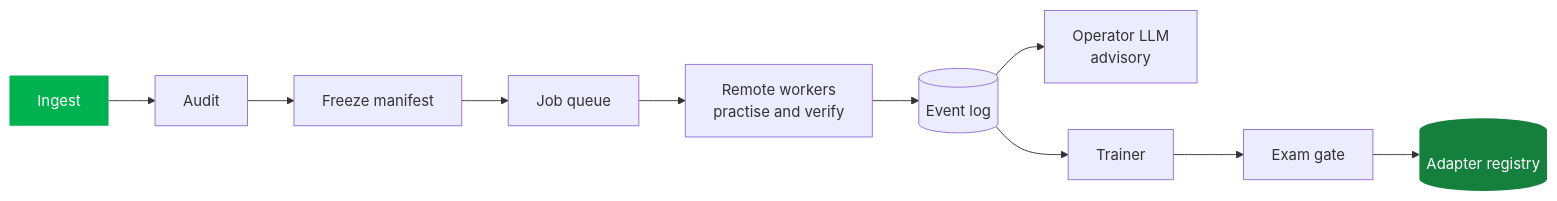
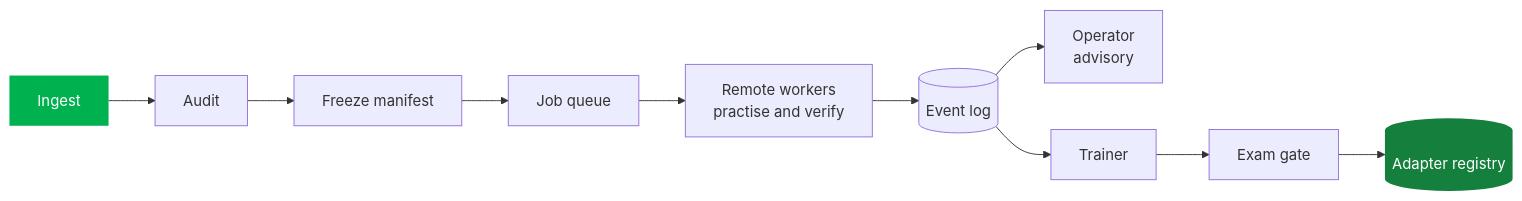
Before and after one commit to Zenix-Developers/VeriTrainer-Showcase: the fifth of 5 diagrams in README.md, drawn with Mermaid. The commit also changed other lines of this file, not shown here.

````diff
--- a/README.md
+++ b/README.md
@@ -107,12 +137,12 @@
 ```mermaid
 flowchart LR
     I[Ingest] --> A[Audit] --> Z[Freeze manifest] --> Q[Job queue]
     Q --> W[Remote workers<br>practise and verify]
     W --> L[(Event log)]
-    L --> O[Operator LLM<br>advisory]
+    L --> O[Operator<br>advisory]
     L --> T[Trainer]
     T --> E[Exam gate]
     E --> G[(Adapter registry)]
     style I fill:#00b14f,color:#fff,stroke:none
     style G fill:#15803d,color:#fff,stroke:none
 ```
````
